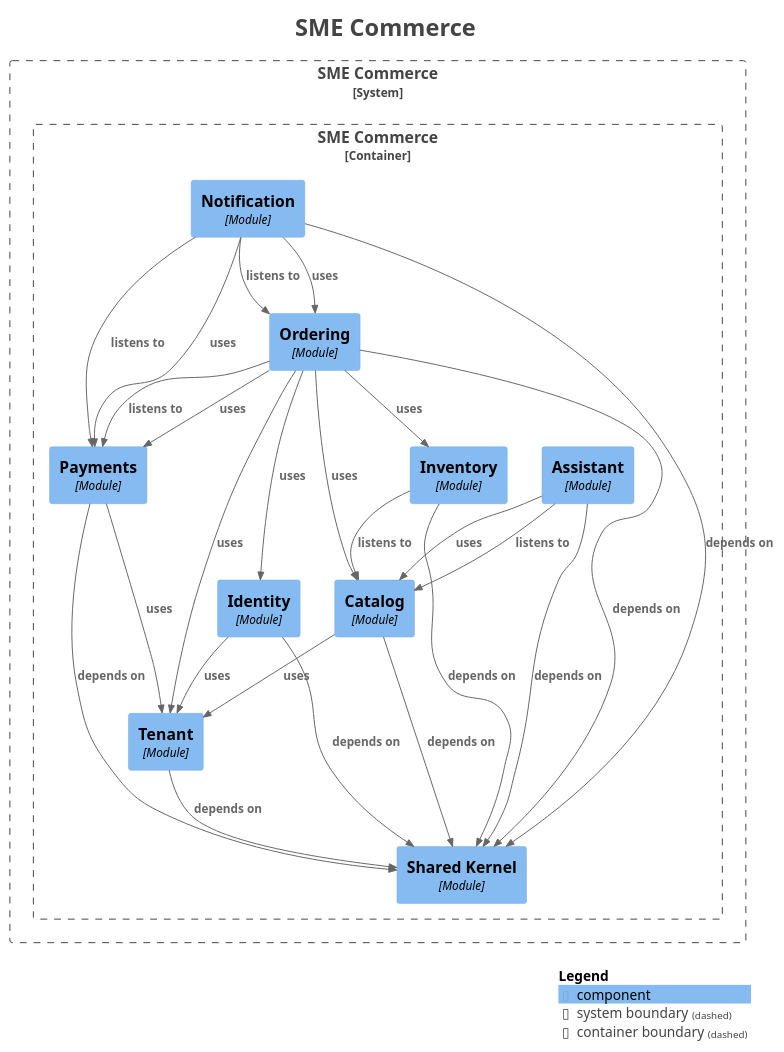
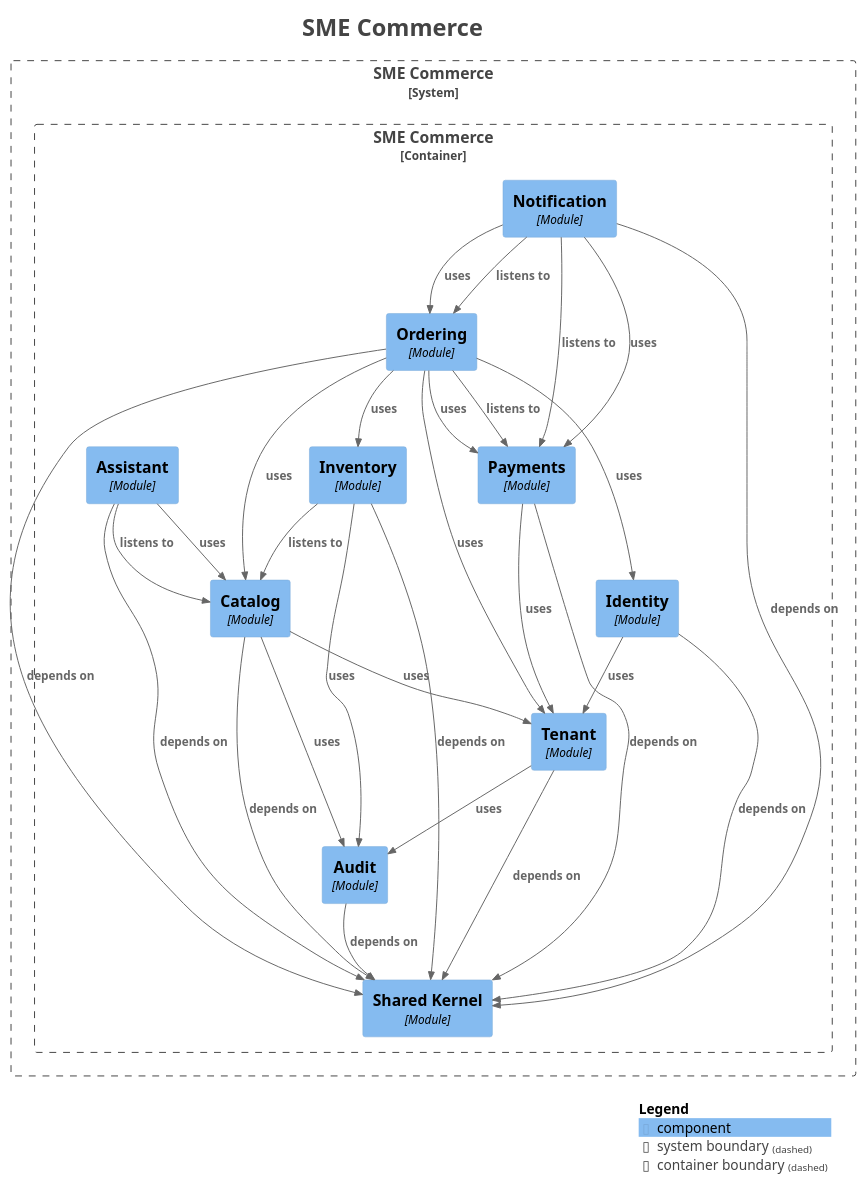
The diagram in docs/modules/components.puml (hezronokwach/sme-commerce-platform), drawn with PlantUML before and after one commit. The commit also changed 19 other files, not shown here.

```diff
--- a/docs/modules/components.puml
+++ b/docs/modules/components.puml
@@ -1,60 +1,65 @@
 @startuml
 title <size:24>SME Commerce</size>
 
 set separator none
 top to bottom direction
 
 <style>
   root {
     BackgroundColor: #ffffff
     FontColor: #444444
   }
 </style>
 
 !include <C4/C4>
 !include <C4/C4_Context>
 !include <C4/C4_Component>
 
 System_Boundary("SMECommerce_boundary", "SME Commerce", $tags="") {
   Container_Boundary("SMECommerce.SMECommerce_boundary", "SME Commerce", $tags="") {
     Component(SMECommerce.SMECommerce.Inventory, "Inventory", $techn="Module", $descr="", $tags="", $link="")
     Component(SMECommerce.SMECommerce.Ordering, "Ordering", $techn="Module", $descr="", $tags="", $link="")
     Component(SMECommerce.SMECommerce.Notification, "Notification", $techn="Module", $descr="", $tags="", $link="")
     Component(SMECommerce.SMECommerce.SharedKernel, "Shared Kernel", $techn="Module", $descr="", $tags="", $link="")
+    Component(SMECommerce.SMECommerce.Audit, "Audit", $techn="Module", $descr="", $tags="", $link="")
     Component(SMECommerce.SMECommerce.Tenant, "Tenant", $techn="Module", $descr="", $tags="", $link="")
     Component(SMECommerce.SMECommerce.Catalog, "Catalog", $techn="Module", $descr="", $tags="", $link="")
     Component(SMECommerce.SMECommerce.Identity, "Identity", $techn="Module", $descr="", $tags="", $link="")
     Component(SMECommerce.SMECommerce.Payments, "Payments", $techn="Module", $descr="", $tags="", $link="")
     Component(SMECommerce.SMECommerce.Assistant, "Assistant", $techn="Module", $descr="", $tags="", $link="")
   }
 
 }
 
-Rel(SMECommerce.SMECommerce.Notification, SMECommerce.SMECommerce.Payments, "listens to", $techn="", $tags="", $link="")
-Rel(SMECommerce.SMECommerce.Notification, SMECommerce.SMECommerce.Ordering, "listens to", $techn="", $tags="", $link="")
-Rel(SMECommerce.SMECommerce.Notification, SMECommerce.SMECommerce.SharedKernel, "depends on", $techn="", $tags="", $link="")
-Rel(SMECommerce.SMECommerce.Notification, SMECommerce.SMECommerce.Ordering, "uses", $techn="", $tags="", $link="")
-Rel(SMECommerce.SMECommerce.Notification, SMECommerce.SMECommerce.Payments, "uses", $techn="", $tags="", $link="")
-Rel(SMECommerce.SMECommerce.Assistant, SMECommerce.SMECommerce.Catalog, "listens to", $techn="", $tags="", $link="")
-Rel(SMECommerce.SMECommerce.Assistant, SMECommerce.SMECommerce.SharedKernel, "depends on", $techn="", $tags="", $link="")
-Rel(SMECommerce.SMECommerce.Assistant, SMECommerce.SMECommerce.Catalog, "uses", $techn="", $tags="", $link="")
-Rel(SMECommerce.SMECommerce.Catalog, SMECommerce.SMECommerce.SharedKernel, "depends on", $techn="", $tags="", $link="")
-Rel(SMECommerce.SMECommerce.Catalog, SMECommerce.SMECommerce.Tenant, "uses", $techn="", $tags="", $link="")
-Rel(SMECommerce.SMECommerce.Payments, SMECommerce.SMECommerce.SharedKernel, "depends on", $techn="", $tags="", $link="")
-Rel(SMECommerce.SMECommerce.Payments, SMECommerce.SMECommerce.Tenant, "uses", $techn="", $tags="", $link="")
-Rel(SMECommerce.SMECommerce.Identity, SMECommerce.SMECommerce.SharedKernel, "depends on", $techn="", $tags="", $link="")
-Rel(SMECommerce.SMECommerce.Identity, SMECommerce.SMECommerce.Tenant, "uses", $techn="", $tags="", $link="")
-Rel(SMECommerce.SMECommerce.Tenant, SMECommerce.SMECommerce.SharedKernel, "depends on", $techn="", $tags="", $link="")
+Rel(SMECommerce.SMECommerce.Audit, SMECommerce.SMECommerce.SharedKernel, "depends on", $techn="", $tags="", $link="")
 Rel(SMECommerce.SMECommerce.Inventory, SMECommerce.SMECommerce.Catalog, "listens to", $techn="", $tags="", $link="")
 Rel(SMECommerce.SMECommerce.Inventory, SMECommerce.SMECommerce.SharedKernel, "depends on", $techn="", $tags="", $link="")
+Rel(SMECommerce.SMECommerce.Inventory, SMECommerce.SMECommerce.Audit, "uses", $techn="", $tags="", $link="")
 Rel(SMECommerce.SMECommerce.Ordering, SMECommerce.SMECommerce.Payments, "listens to", $techn="", $tags="", $link="")
 Rel(SMECommerce.SMECommerce.Ordering, SMECommerce.SMECommerce.SharedKernel, "depends on", $techn="", $tags="", $link="")
 Rel(SMECommerce.SMECommerce.Ordering, SMECommerce.SMECommerce.Tenant, "uses", $techn="", $tags="", $link="")
 Rel(SMECommerce.SMECommerce.Ordering, SMECommerce.SMECommerce.Payments, "uses", $techn="", $tags="", $link="")
 Rel(SMECommerce.SMECommerce.Ordering, SMECommerce.SMECommerce.Inventory, "uses", $techn="", $tags="", $link="")
 Rel(SMECommerce.SMECommerce.Ordering, SMECommerce.SMECommerce.Catalog, "uses", $techn="", $tags="", $link="")
 Rel(SMECommerce.SMECommerce.Ordering, SMECommerce.SMECommerce.Identity, "uses", $techn="", $tags="", $link="")
+Rel(SMECommerce.SMECommerce.Notification, SMECommerce.SMECommerce.Payments, "listens to", $techn="", $tags="", $link="")
+Rel(SMECommerce.SMECommerce.Notification, SMECommerce.SMECommerce.Ordering, "listens to", $techn="", $tags="", $link="")
+Rel(SMECommerce.SMECommerce.Notification, SMECommerce.SMECommerce.SharedKernel, "depends on", $techn="", $tags="", $link="")
+Rel(SMECommerce.SMECommerce.Notification, SMECommerce.SMECommerce.Ordering, "uses", $techn="", $tags="", $link="")
+Rel(SMECommerce.SMECommerce.Notification, SMECommerce.SMECommerce.Payments, "uses", $techn="", $tags="", $link="")
+Rel(SMECommerce.SMECommerce.Identity, SMECommerce.SMECommerce.SharedKernel, "depends on", $techn="", $tags="", $link="")
+Rel(SMECommerce.SMECommerce.Identity, SMECommerce.SMECommerce.Tenant, "uses", $techn="", $tags="", $link="")
+Rel(SMECommerce.SMECommerce.Payments, SMECommerce.SMECommerce.SharedKernel, "depends on", $techn="", $tags="", $link="")
+Rel(SMECommerce.SMECommerce.Payments, SMECommerce.SMECommerce.Tenant, "uses", $techn="", $tags="", $link="")
+Rel(SMECommerce.SMECommerce.Tenant, SMECommerce.SMECommerce.SharedKernel, "depends on", $techn="", $tags="", $link="")
+Rel(SMECommerce.SMECommerce.Tenant, SMECommerce.SMECommerce.Audit, "uses", $techn="", $tags="", $link="")
+Rel(SMECommerce.SMECommerce.Catalog, SMECommerce.SMECommerce.SharedKernel, "depends on", $techn="", $tags="", $link="")
+Rel(SMECommerce.SMECommerce.Catalog, SMECommerce.SMECommerce.Tenant, "uses", $techn="", $tags="", $link="")
+Rel(SMECommerce.SMECommerce.Catalog, SMECommerce.SMECommerce.Audit, "uses", $techn="", $tags="", $link="")
+Rel(SMECommerce.SMECommerce.Assistant, SMECommerce.SMECommerce.Catalog, "listens to", $techn="", $tags="", $link="")
+Rel(SMECommerce.SMECommerce.Assistant, SMECommerce.SMECommerce.SharedKernel, "depends on", $techn="", $tags="", $link="")
+Rel(SMECommerce.SMECommerce.Assistant, SMECommerce.SMECommerce.Catalog, "uses", $techn="", $tags="", $link="")
 
 SHOW_LEGEND(true)
 hide stereotypes
 @enduml
```
